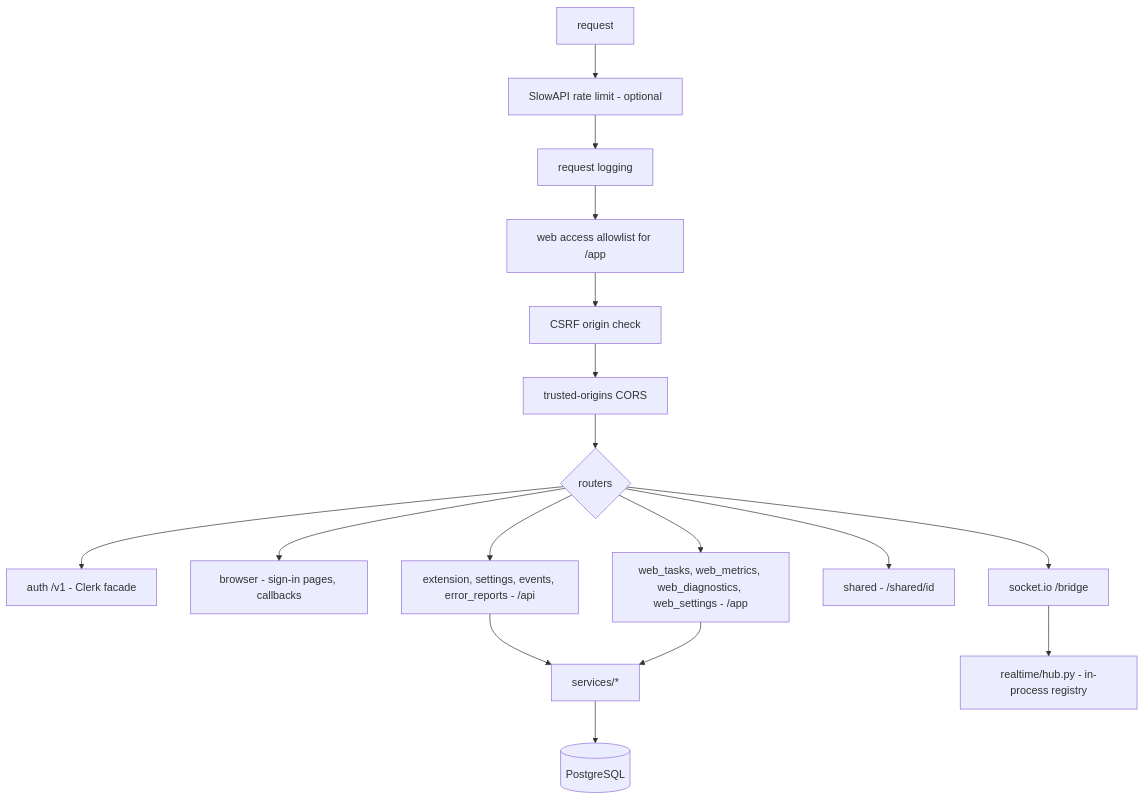
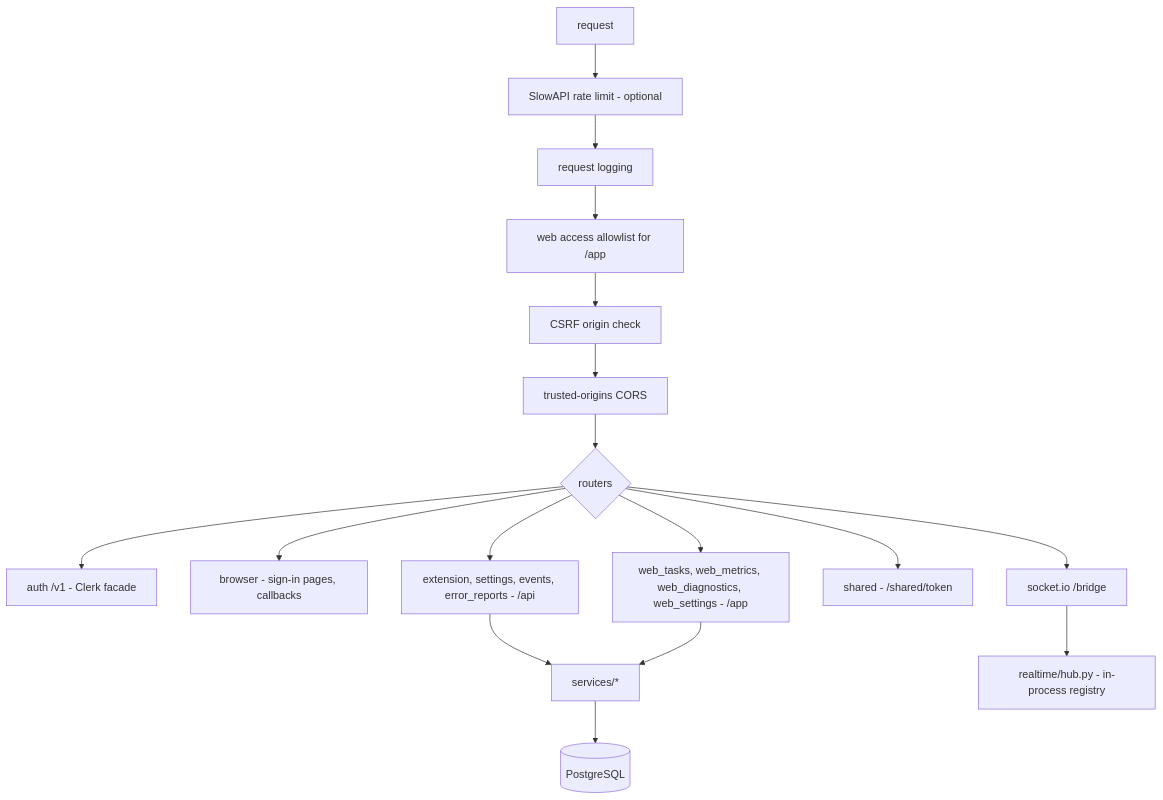
Before and after one commit to krzychdre/Tumble-Code: the third of 4 diagrams in docs/08-cloud.md, drawn with Mermaid. The commit also changed 27 other files, not shown here.

````diff
--- a/docs/08-cloud.md
+++ b/docs/08-cloud.md
@@ -90,19 +90,19 @@
 ```mermaid
 graph TD
   REQ[request] --> RL[SlowAPI rate limit - optional]
   RL --> LOG[request logging]
   LOG --> WEBACL[web access allowlist for /app]
   WEBACL --> CSRF[CSRF origin check]
   CSRF --> CORS[trusted-origins CORS]
   CORS --> ROUTES{routers}
   ROUTES --> R1[auth /v1 - Clerk facade]
   ROUTES --> R2[browser - sign-in pages, callbacks]
   ROUTES --> R3[extension, settings, events, error_reports - /api]
   ROUTES --> R4[web_tasks, web_metrics, web_diagnostics, web_settings - /app]
-  ROUTES --> R5[shared - /shared/id]
+  ROUTES --> R5[shared - /shared/token]
   ROUTES --> SIO[socket.io /bridge]
   R3 --> SVC[services/*]
   R4 --> SVC
   SIO --> HUB[realtime/hub.py - in-process registry]
   SVC --> DB[(PostgreSQL)]
 ```
````
